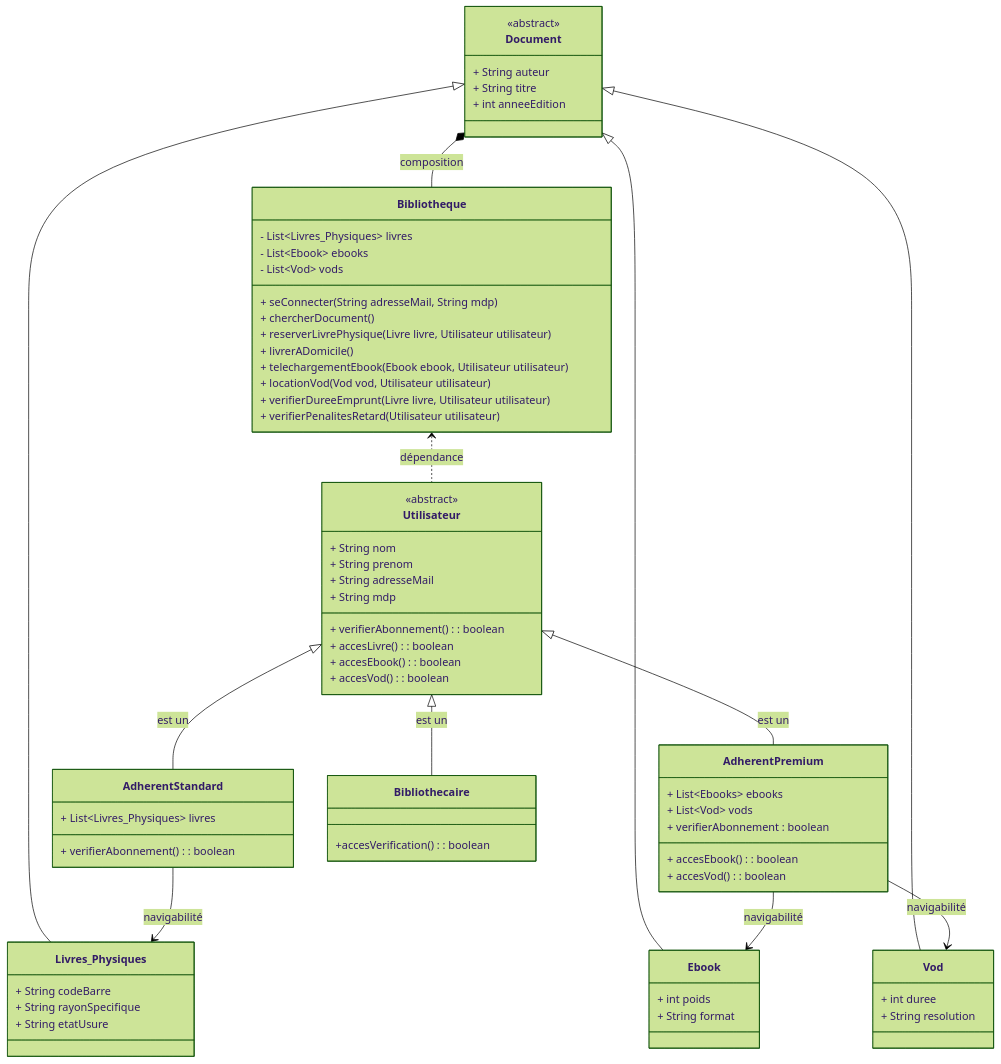
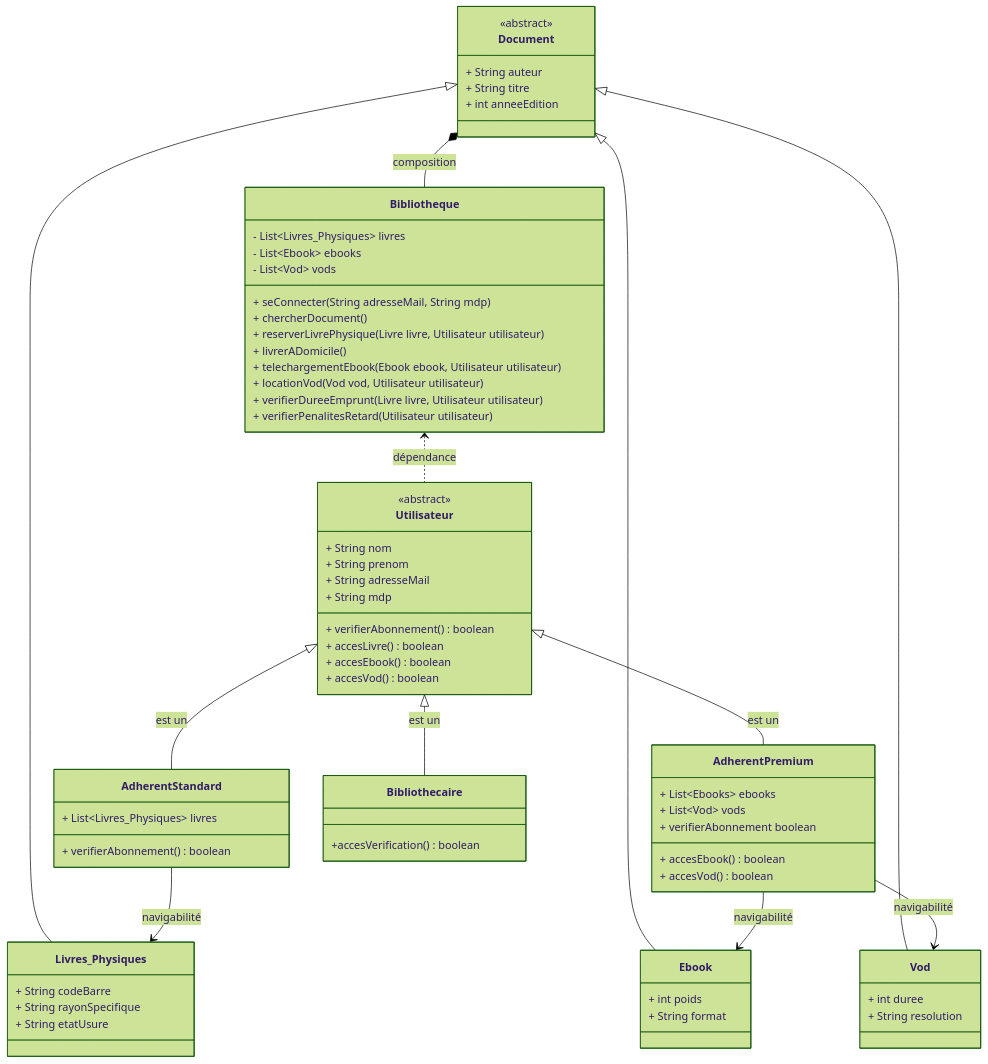
The second of 2 diagrams in README.md (gomes-matheo/OmniLib-UML-Exercise-), drawn with Mermaid (forest theme) before and after one commit.

Commit message:
fix error syntax diagramme classe

```diff
--- a/README.md
+++ b/README.md
@@ -116,29 +116,29 @@
         + String adresseMail
         + String mdp
 
-        + verifierAbonnement() : boolean
-        + accesLivre() : boolean
-        + accesEbook() : boolean
-        + accesVod() : boolean
+        + verifierAbonnement() boolean
+        + accesLivre() boolean
+        + accesEbook() boolean
+        + accesVod() boolean
     }
 
 
     class AdherentStandard {
         + List~Livres_Physiques~ livres
-        + verifierAbonnement() : boolean
+        + verifierAbonnement() boolean
     }
 
     class AdherentPremium {
         + List~Ebooks~ ebooks
         + List~Vod~ vods
-        + accesEbook() : boolean
-        + accesVod() : boolean
+        + accesEbook() boolean
+        + accesVod() boolean
 
-        + verifierAbonnement : boolean
+        + verifierAbonnement boolean
     }
 
     class Bibliothecaire {
-        +accesVerification() : boolean
+        +accesVerification() boolean
     }
 
     Utilisateur <|-- AdherentStandard : est un
```
